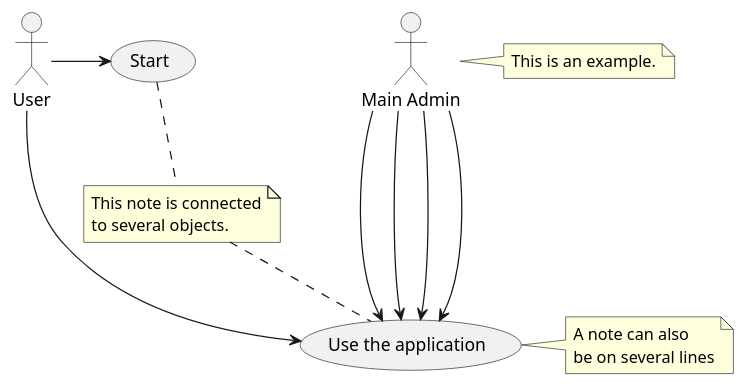
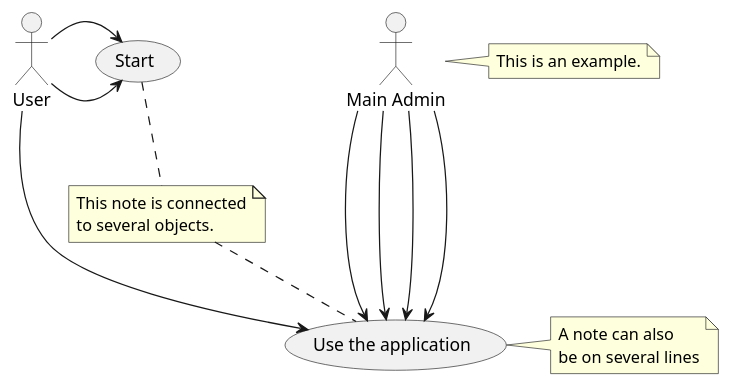
Before and after one commit to badeand/documatic: the diagram in doc/uc1.puml, drawn with PlantUML. The commit also changed 20 other files, not shown here.

```diff
--- a/doc/uc1.puml
+++ b/doc/uc1.puml
@@ -1,25 +1,26 @@
 @startuml
 'https://plantuml.com/use-case-diagram
 
 :Main Admin: as Admin
 (Use the application) as (Use)
 
+User -> (Start)
 User -> (Start)
 User --> (Use)
 
 Admin ---> (Use)
 Admin ---> (Use)
 Admin ---> (Use)
 Admin ---> (Use)
 
 note right of Admin : This is an example.
 
 note right of (Use)
 A note can also
 be on several lines
 end note
 
 note "This note is connected\nto several objects." as N2
 (Start) .. N2
 N2 .. (Use)
 @enduml
```
